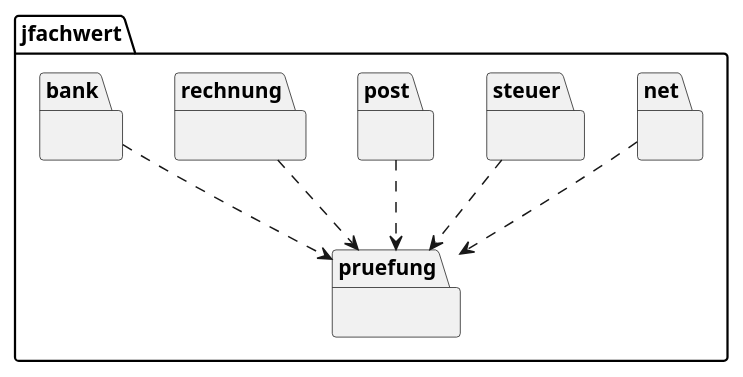
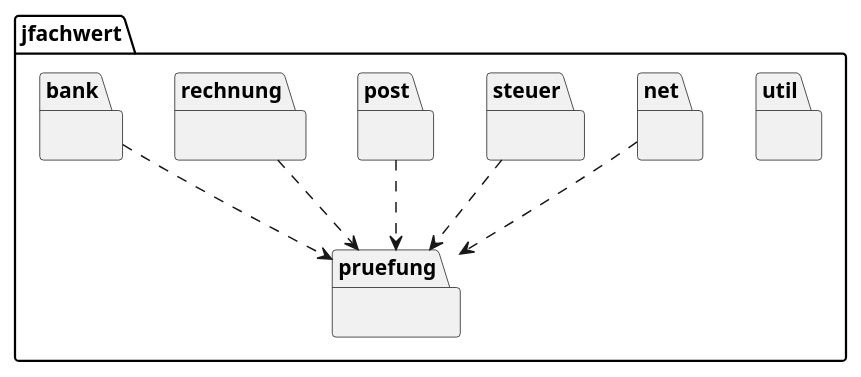
The diagram in src/main/asciidoc/images/packages.puml (oboehm/jfachwert), drawn with PlantUML before and after one commit. The commit also changed 8 other files, not shown here.

```diff
--- a/src/main/asciidoc/images/packages.puml
+++ b/src/main/asciidoc/images/packages.puml
@@ -1,31 +1,34 @@
 @startuml
 
 package "jfachwert" {
+
+    package "util" {
+    }
 
     package "net" {
     }
 
     package "steuer" {
     }
 
     package "post" {
     }
 
     package "rechnung" {
     }
 
     package "bank" {
     }
 
     package "pruefung" {
     }
 
     bank ..> pruefung
     steuer ..> pruefung
     post ..> pruefung
     rechnung ..> pruefung
     net ..> pruefung
 
 }
 
 @enduml
```
